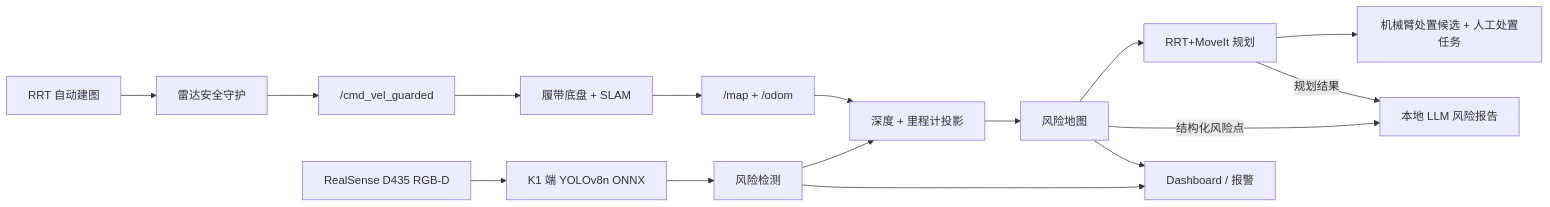
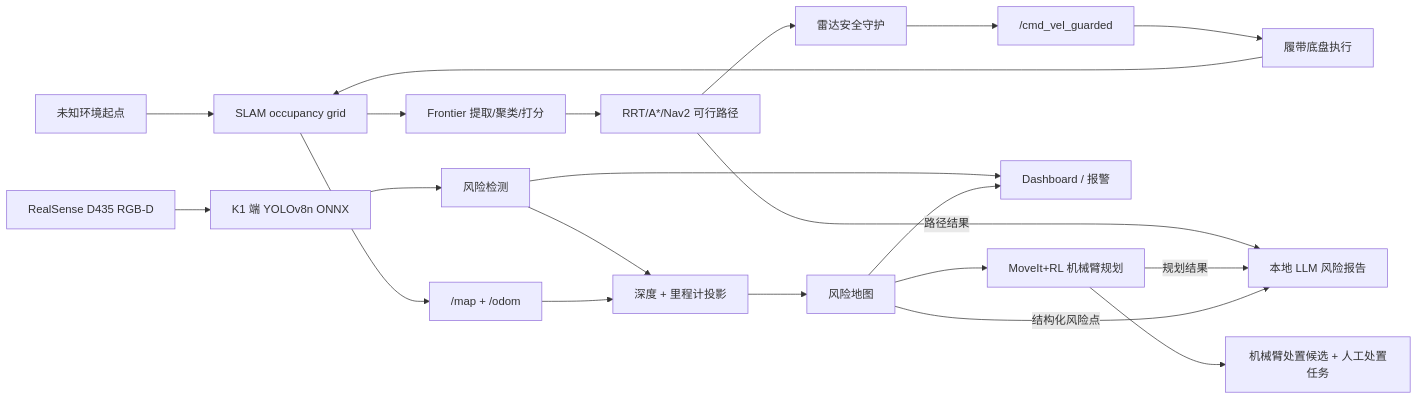
One commit to RickSanchezC5163/spacemit-k1-edge-ai-risk-robot changed the diagram in README.md. Above: the diagram before and after it, drawn with Mermaid. The commit also changed other lines of this file, not shown here.

Commit message:
Clarify RRT MoveIt closed-loop flow + vertify +

````diff
--- a/README.md
+++ b/README.md
@@ -106,19 +111,24 @@
 ```mermaid
 flowchart LR
-    A["RRT 自动建图"] --> B["雷达安全守护"]
-    B --> C["/cmd_vel_guarded"]
-    C --> D["履带底盘 + SLAM"]
-    D --> E["/map + /odom"]
+    A["未知环境起点"] --> B["SLAM occupancy grid"]
+    B --> C["Frontier 提取/聚类/打分"]
+    C --> D["RRT/A*/Nav2 可行路径"]
+    D --> E["雷达安全守护"]
+    E --> F["/cmd_vel_guarded"]
+    F --> G["履带底盘执行"]
+    G --> B
+    B --> H["/map + /odom"]
 
-    F["RealSense D435 RGB-D"] --> G["K1 端 YOLOv8n ONNX"]
-    G --> H["风险检测"]
-    H --> I["深度 + 里程计投影"]
-    E --> I
-    I --> J["风险地图"]
-    J --> K["RRT+MoveIt 规划"]
-    K --> N["机械臂处置候选 + 人工处置任务"]
-    K -- "规划结果" --> L["本地 LLM 风险报告"]
-    J -- "结构化风险点" --> L
-    H --> M["Dashboard / 报警"]
-    J --> M
+    I["RealSense D435 RGB-D"] --> J["K1 端 YOLOv8n ONNX"]
+    J --> K["风险检测"]
+    K --> L["深度 + 里程计投影"]
+    H --> L
+    L --> M["风险地图"]
+    M --> N["MoveIt+RL 机械臂规划"]
+    N --> O["机械臂处置候选 + 人工处置任务"]
+    D -- "路径结果" --> P["本地 LLM 风险报告"]
+    N -- "规划结果" --> P
+    M -- "结构化风险点" --> P
+    K --> Q["Dashboard / 报警"]
+    M --> Q
 ```
````
